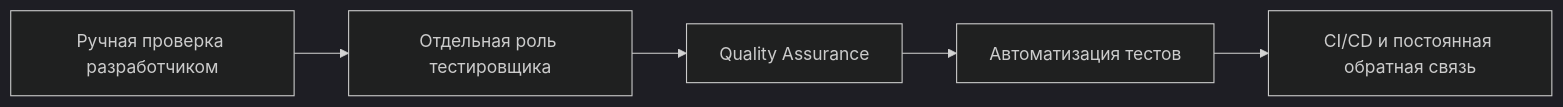
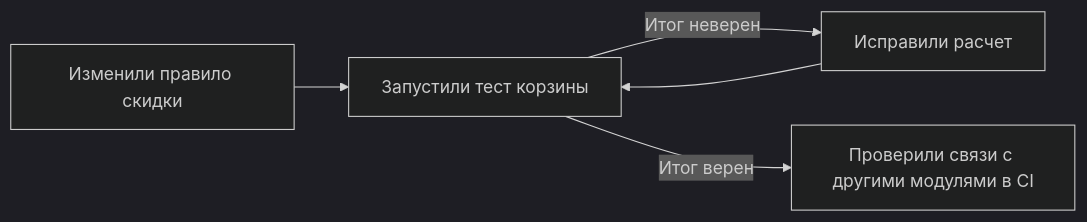
The second of 10 diagrams in content/lectures/Lec3/vitepress.md (Kert0n/KPO), drawn with Mermaid (dark theme) before and after one commit. The commit also changed other lines of this file, not shown here.

````diff
--- a/content/lectures/Lec3/vitepress.md
+++ b/content/lectures/Lec3/vitepress.md
@@ -86,7 +81,7 @@
 ```mermaid
 flowchart LR
-    Manual[Ручная проверка разработчиком] --> Separate[Отдельная роль тестировщика]
-    Separate --> QA[Quality Assurance]
-    QA --> Automation[Автоматизация тестов]
-    Automation --> CI[CI/CD и постоянная обратная связь]
+    Edit[Изменили правило скидки] --> Unit[Запустили тест корзины]
+    Unit -->|Итог неверен| Fix[Исправили расчет]
+    Fix --> Unit
+    Unit -->|Итог верен| CI[Проверили связи с другими модулями в CI]
 ```
````
